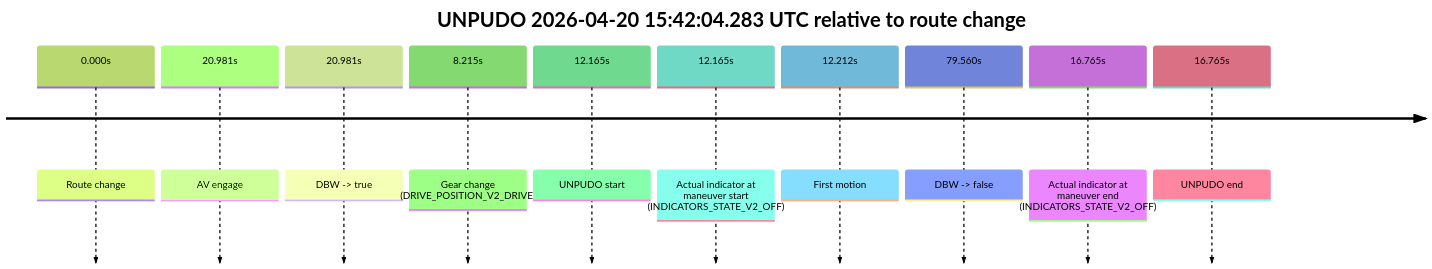
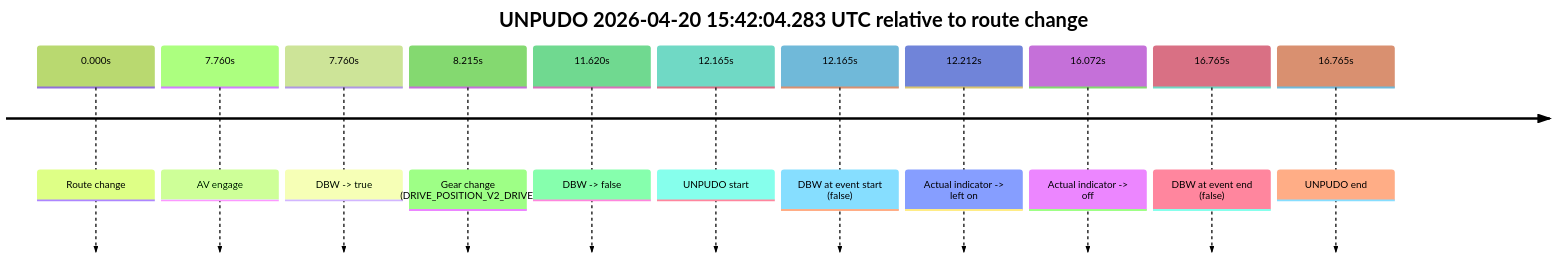
The eighth of 10 diagrams in model_analysis/report_cards/2026/04/Week-4/fme10005--2026-04-20--13-43-30--gen2-av-1cf69e8e-fc53-4334-aca9-89918a4f3427.md (yoelshapiro/vault), drawn with Mermaid (forest theme) before and after one commit. The commit also changed other lines of this file and 85 other files, not shown here.

````diff
--- a/model_analysis/report_cards/2026/04/Week-4/fme10005--2026-04-20--13-43-30--gen2-av-1cf69e8e-fc53-4334-aca9-89918a4f3427.md
+++ b/model_analysis/report_cards/2026/04/Week-4/fme10005--2026-04-20--13-43-30--gen2-av-1cf69e8e-fc53-4334-aca9-89918a4f3427.md
@@ -645,14 +673,15 @@
 ```mermaid
 timeline
     title UNPUDO 2026-04-20 15:42:04.283 UTC relative to route change
     0.000s : Route change
-    20.981s : AV engage
-    20.981s : DBW -> true
+    7.760s : AV engage
+    7.760s : DBW -> true
     8.215s : Gear change (DRIVE_POSITION_V2_DRIVE)
+    11.620s : DBW -> false
     12.165s : UNPUDO start
-    12.165s : Actual indicator at maneuver start (INDICATORS_STATE_V2_OFF)
-    12.212s : First motion
-    79.560s : DBW -> false
-    16.765s : Actual indicator at maneuver end (INDICATORS_STATE_V2_OFF)
+    12.165s : DBW at event start (false)
+    12.212s : Actual indicator -> left on
+    16.072s : Actual indicator -> off
+    16.765s : DBW at event end (false)
     16.765s : UNPUDO end
 ```
````
